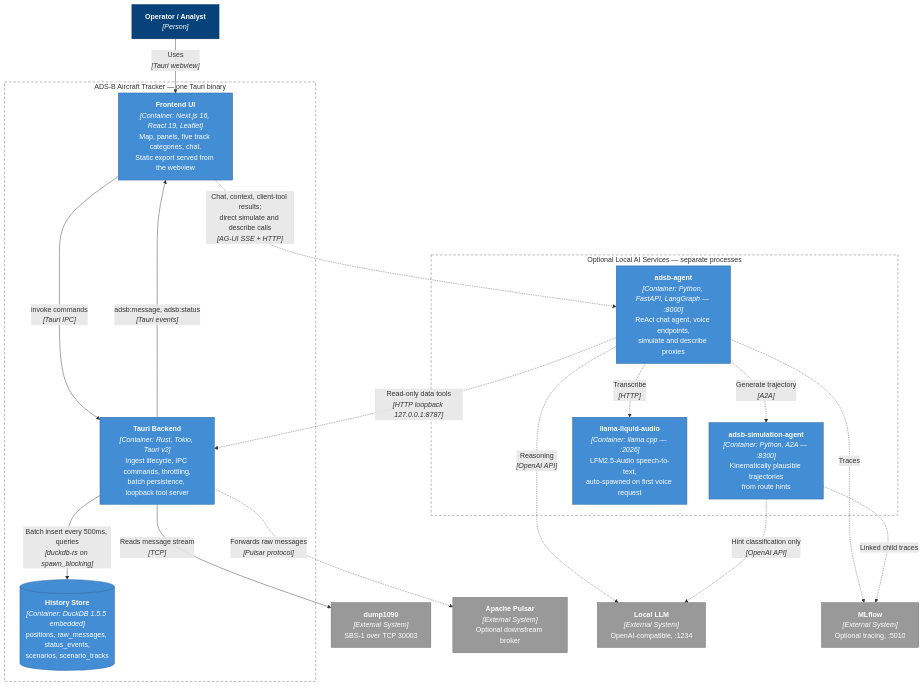
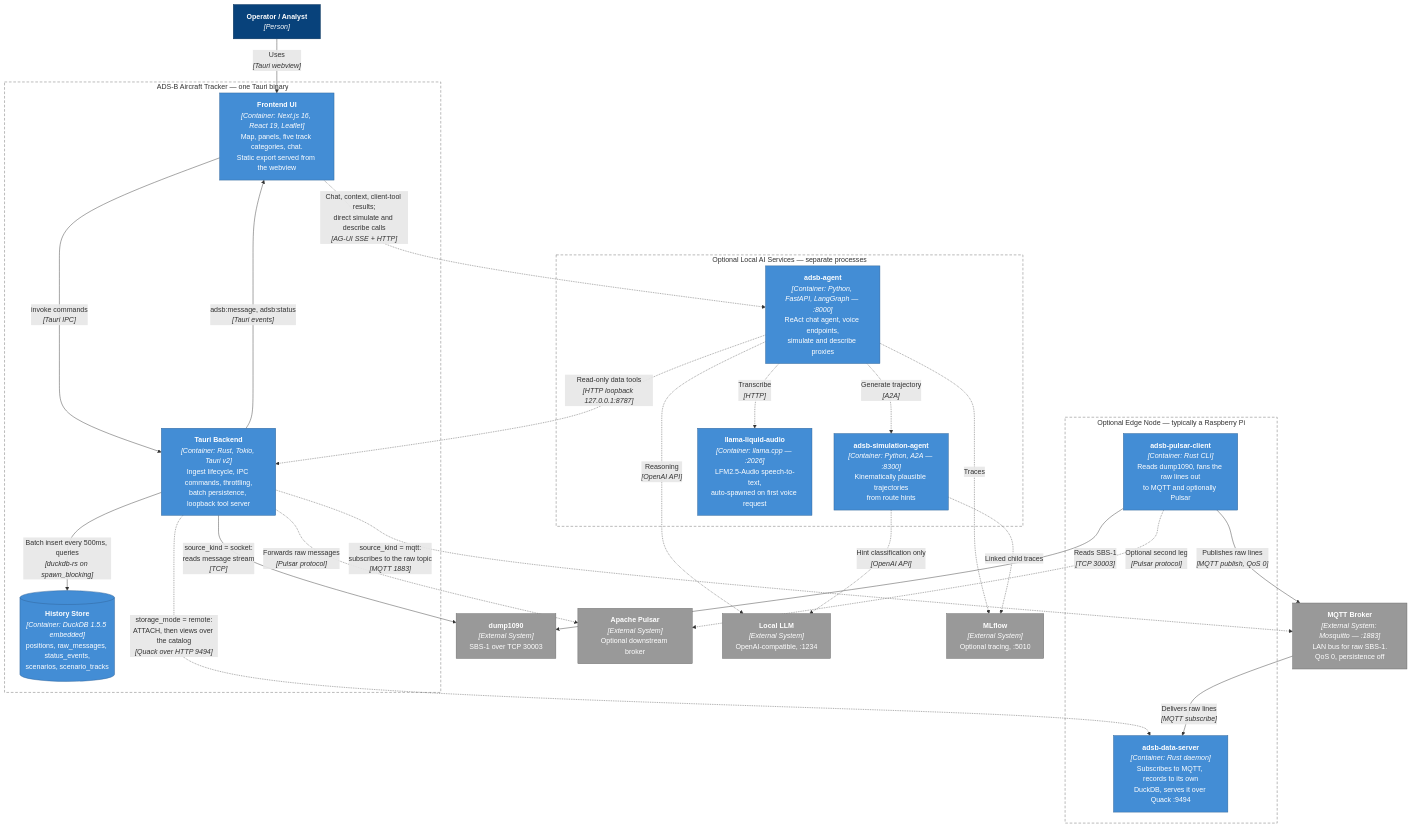
The second of 14 diagrams in rust/adsb-pulsar-client-desktop/docs/DESIGN.md (bnassivet/adsb-feed), drawn with Mermaid before and after one commit. The commit also changed other lines of this file and 96 other files, not shown here.

````diff
--- a/rust/adsb-pulsar-client-desktop/docs/DESIGN.md
+++ b/rust/adsb-pulsar-client-desktop/docs/DESIGN.md
@@ -96,48 +104,61 @@
 ```mermaid
 flowchart TB
     operator["<b>Operator / Analyst</b><br/><i>[Person]</i>"]
 
     subgraph tracker["ADS-B Aircraft Tracker — one Tauri binary"]
         frontend["<b>Frontend UI</b><br/><i>[Container: Next.js 16, React 19, Leaflet]</i><br/>Map, panels, five track categories, chat.<br/>Static export served from the webview"]
         backend["<b>Tauri Backend</b><br/><i>[Container: Rust, Tokio, Tauri v2]</i><br/>Ingest lifecycle, IPC commands, throttling,<br/>batch persistence, loopback tool server"]
         duckdb[("<b>History Store</b><br/><i>[Container: DuckDB 1.5.5 embedded]</i><br/>positions, raw_messages, status_events,<br/>scenarios, scenario_tracks")]
     end
 
     subgraph agents["Optional Local AI Services — separate processes"]
         agent["<b>adsb-agent</b><br/><i>[Container: Python, FastAPI, LangGraph — :8000]</i><br/>ReAct chat agent, voice endpoints,<br/>simulate and describe proxies"]
         simagent["<b>adsb-simulation-agent</b><br/><i>[Container: Python, A2A — :8300]</i><br/>Kinematically plausible trajectories<br/>from route hints"]
         voice["<b>llama-liquid-audio</b><br/><i>[Container: llama.cpp — :2026]</i><br/>LFM2.5-Audio speech-to-text,<br/>auto-spawned on first voice request"]
     end
 
+    subgraph edge["Optional Edge Node — typically a Raspberry Pi"]
+        feed["<b>adsb-pulsar-client</b><br/><i>[Container: Rust CLI]</i><br/>Reads dump1090, fans the raw lines out<br/>to MQTT and optionally Pulsar"]
+        server["<b>adsb-data-server</b><br/><i>[Container: Rust daemon]</i><br/>Subscribes to MQTT, records to its own<br/>DuckDB, serves it over Quack :9494"]
+    end
+
     dump["<b>dump1090</b><br/><i>[External System]</i><br/>SBS-1 over TCP 30003"]
+    mqtt["<b>MQTT Broker</b><br/><i>[External System: Mosquitto — :1883]</i><br/>LAN bus for raw SBS-1.<br/>QoS 0, persistence off"]
     pulsar["<b>Apache Pulsar</b><br/><i>[External System]</i><br/>Optional downstream broker"]
     llm["<b>Local LLM</b><br/><i>[External System]</i><br/>OpenAI-compatible, :1234"]
     mlflow["<b>MLflow</b><br/><i>[External System]</i><br/>Optional tracing, :5010"]
 
     operator -->|"Uses<br/><i>[Tauri webview]</i>"| frontend
     frontend -->|"invoke commands<br/><i>[Tauri IPC]</i>"| backend
     backend -->|"adsb:message, adsb:status<br/><i>[Tauri events]</i>"| frontend
-    backend -->|"Reads message stream<br/><i>[TCP]</i>"| dump
+    backend -->|"source_kind = socket:<br/>reads message stream<br/><i>[TCP]</i>"| dump
+    backend -.->|"source_kind = mqtt:<br/>subscribes to the raw topic<br/><i>[MQTT 1883]</i>"| mqtt
     backend -.->|"Forwards raw messages<br/><i>[Pulsar protocol]</i>"| pulsar
+    backend -.->|"storage_mode = remote:<br/>ATTACH, then views over the catalog<br/><i>[Quack over HTTP 9494]</i>"| server
+
+    feed -->|"Reads SBS-1<br/><i>[TCP 30003]</i>"| dump
+    feed -->|"Publishes raw lines<br/><i>[MQTT publish, QoS 0]</i>"| mqtt
+    feed -.->|"Optional second leg<br/><i>[Pulsar protocol]</i>"| pulsar
+    mqtt -->|"Delivers raw lines<br/><i>[MQTT subscribe]</i>"| server
     backend -->|"Batch insert every 500ms, queries<br/><i>[duckdb-rs on spawn_blocking]</i>"| duckdb
 
     frontend -.->|"Chat, context, client-tool results;<br/>direct simulate and describe calls<br/><i>[AG-UI SSE + HTTP]</i>"| agent
     agent -.->|"Read-only data tools<br/><i>[HTTP loopback 127.0.0.1:8787]</i>"| backend
     agent -.->|"Generate trajectory<br/><i>[A2A]</i>"| simagent
     agent -.->|"Transcribe<br/><i>[HTTP]</i>"| voice
     agent -.->|"Reasoning<br/><i>[OpenAI API]</i>"| llm
     simagent -.->|"Hint classification only<br/><i>[OpenAI API]</i>"| llm
     agent -.->|"Traces"| mlflow
     simagent -.->|"Linked child traces"| mlflow
 
     classDef person fill:#08427B,stroke:#052E56,color:#fff
     classDef container fill:#438DD5,stroke:#2E6295,color:#fff
     classDef db fill:#438DD5,stroke:#2E6295,color:#fff
     classDef external fill:#999999,stroke:#6B6B6B,color:#fff
     classDef boundary fill:none,stroke:#666,stroke-dasharray: 6 4,color:#333
     class operator person
-    class frontend,backend,agent,simagent,voice container
+    class frontend,backend,agent,simagent,voice,feed,server container
     class duckdb db
-    class dump,pulsar,llm,mlflow external
-    class tracker,agents boundary
+    class dump,mqtt,pulsar,llm,mlflow external
+    class tracker,agents,edge boundary
 ```
````
